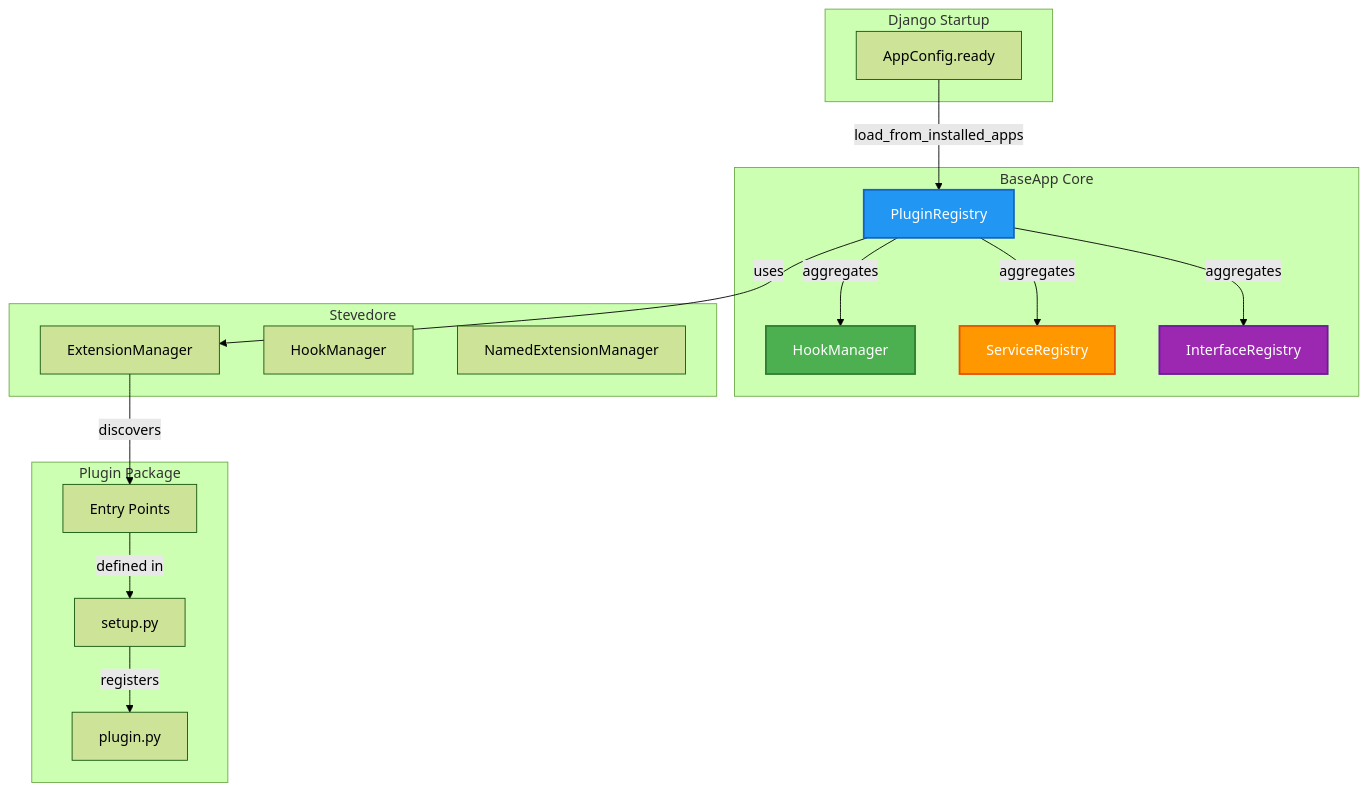
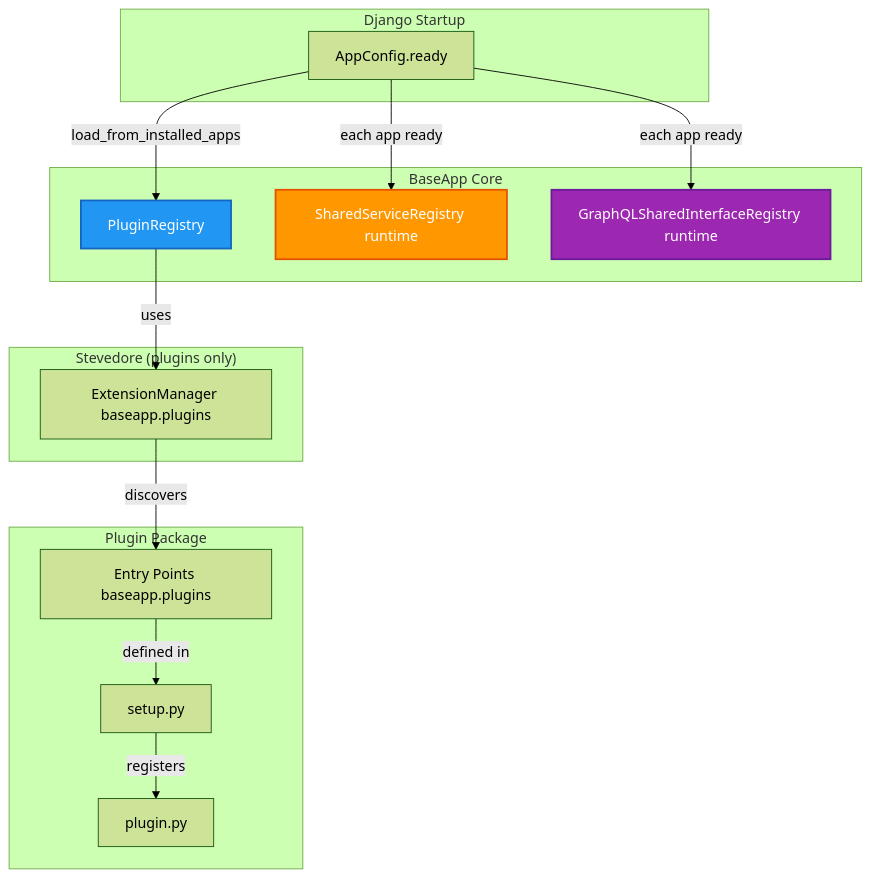
The first of 2 diagrams in PLUGIN_ARCHITECTURE.md (silverlogic/baseapp-backend), drawn with Mermaid (forest theme) before and after one commit. The commit also changed other lines of this file and 31 other files, not shown here.

Commit message:
Refactor of the plugin architecture to be simpler and yet effective

````diff
--- a/PLUGIN_ARCHITECTURE.md
+++ b/PLUGIN_ARCHITECTURE.md
@@ -30,40 +50,35 @@
 ```mermaid
 graph TB
     subgraph "Django Startup"
         AC[AppConfig.ready]
     end
-    
+
     subgraph "BaseApp Core"
         PR[PluginRegistry]
-        HR[HookManager]
-        SR[ServiceRegistry]
-        IR[InterfaceRegistry]
+        FSR[SharedServiceRegistry runtime]
+        GFIR[GraphQLSharedInterfaceRegistry runtime]
     end
-    
-    subgraph "Stevedore"
-        EM[ExtensionManager]
-        HM[HookManager]
-        NEM[NamedExtensionManager]
+
+    subgraph "Stevedore (plugins only)"
+        EM[ExtensionManager baseapp.plugins]
     end
-    
+
     subgraph "Plugin Package"
         SP[setup.py]
         PP[plugin.py]
-        EP[Entry Points]
+        EP[Entry Points baseapp.plugins]
     end
-    
+
     AC -->|load_from_installed_apps| PR
     PR -->|uses| EM
     EM -->|discovers| EP
     EP -->|defined in| SP
     SP -->|registers| PP
-    
-    PR -->|aggregates| HR
-    PR -->|aggregates| SR
-    PR -->|aggregates| IR
-    
+
+    AC -->|each app ready| FSR
+    AC -->|each app ready| GFIR
+
     style PR fill:#2196F3,stroke:#1565C0,stroke-width:2px,color:#fff
-    style HR fill:#4CAF50,stroke:#2E7D32,stroke-width:2px,color:#fff
-    style SR fill:#FF9800,stroke:#E65100,stroke-width:2px,color:#fff
-    style IR fill:#9C27B0,stroke:#6A1B9A,stroke-width:2px,color:#fff
+    style FSR fill:#FF9800,stroke:#E65100,stroke-width:2px,color:#fff
+    style GFIR fill:#9C27B0,stroke:#6A1B9A,stroke-width:2px,color:#fff
 ```
````
